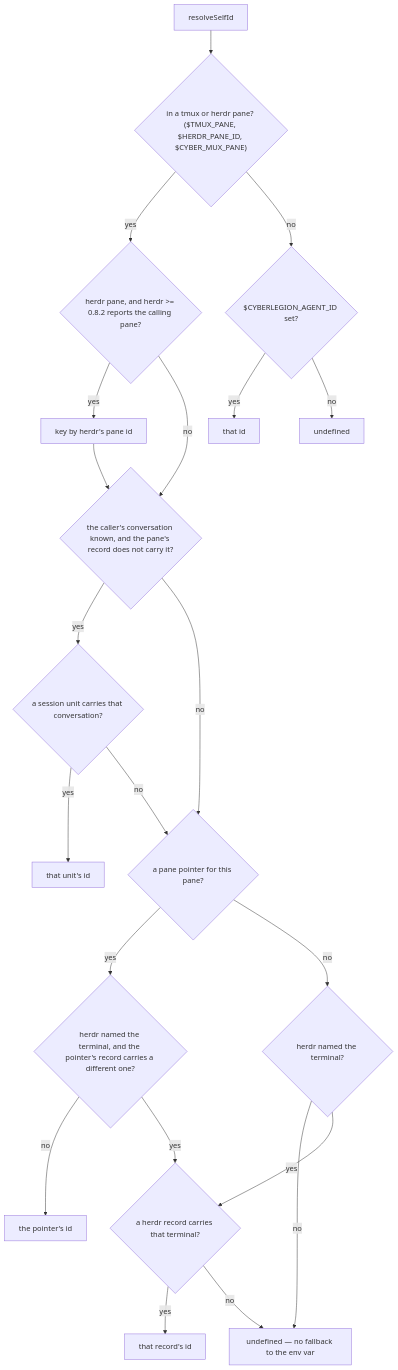
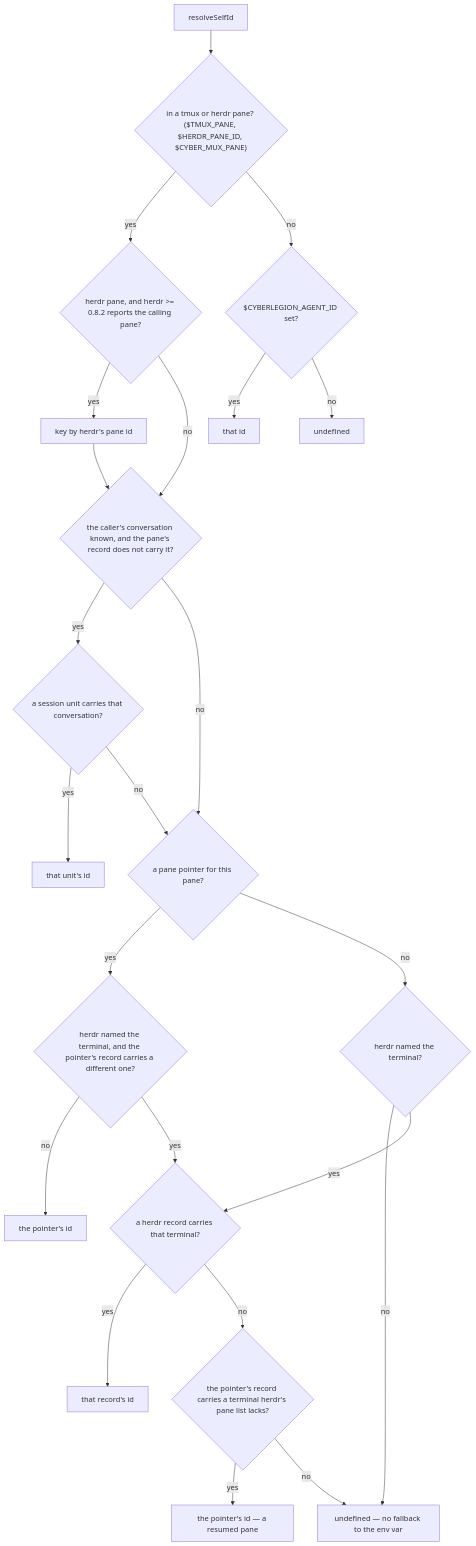
The fourth of 13 diagrams in packages/cyberlegion/.agents/spec/unit/registry/README.md (cyberuni/cyberlegion), drawn with Mermaid before and after one commit. The commit also changed other lines of this file and 5 other files, not shown here.

First line of the commit message:
fix: a resumed herdr pane keeps its unit when its old terminal is gone

````diff
--- a/packages/cyberlegion/.agents/spec/unit/registry/README.md
+++ b/packages/cyberlegion/.agents/spec/unit/registry/README.md
@@ -581,22 +587,24 @@
 ```mermaid
 graph TD
   SI0["resolveSelfId"] --> SI1{"in a tmux or herdr pane? ($TMUX_PANE, $HERDR_PANE_ID, $CYBER_MUX_PANE)"}
   SI1 -- yes --> SIH{"herdr pane, and herdr >= 0.8.2 reports the calling pane?"}
   SIH -- yes --> SIHY["key by herdr's pane id"] --> SIC
   SIH -- no --> SIC{"the caller's conversation known, and the pane's record does not carry it?"}
   SIC -- yes --> SIC1{"a session unit carries that conversation?"}
   SIC1 -- yes --> SICY["that unit's id"]
   SIC1 -- no --> SI2
   SIC -- no --> SI2{"a pane pointer for this pane?"}
   SI2 -- yes --> SIT{"herdr named the terminal, and the pointer's record carries a different one?"}
   SIT -- no --> SI2Y["the pointer's id"]
   SIT -- yes --> SIT1
   SI2 -- no --> SIT0{"herdr named the terminal?"}
   SIT0 -- no --> SI2N["undefined — no fallback to the env var"]
   SIT0 -- yes --> SIT1{"a herdr record carries that terminal?"}
   SIT1 -- yes --> SITY["that record's id"]
-  SIT1 -- no --> SI2N
+  SIT1 -- no --> SIR{"the pointer's record carries a terminal herdr's pane list lacks?"}
+  SIR -- yes --> SIRY["the pointer's id — a resumed pane"]
+  SIR -- no --> SI2N
   SI1 -- no --> SI3{"$CYBERLEGION_AGENT_ID set?"}
   SI3 -- yes --> SI3Y["that id"]
   SI3 -- no --> SI3N["undefined"]
 ```
````
